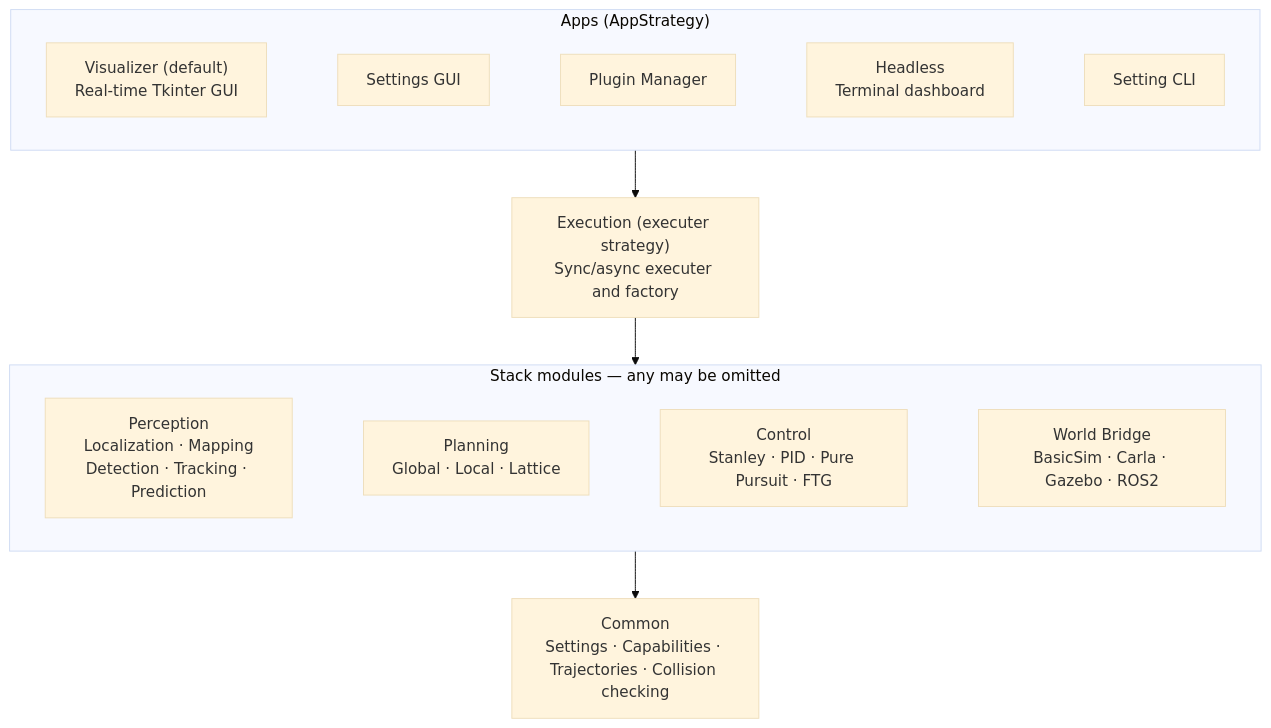
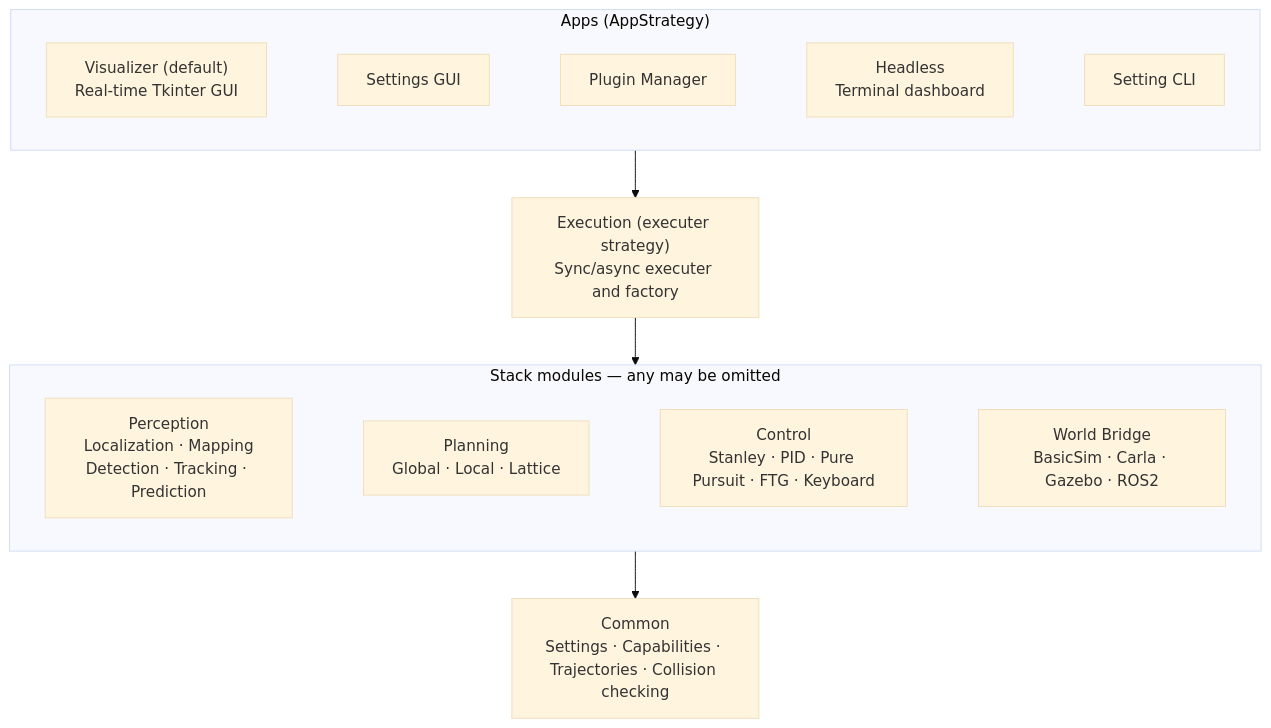
The first of 2 diagrams in docs/architecture.md (AV-Lab/avlite), drawn with Mermaid (base theme) before and after one commit. The commit also changed other lines of this file and 59 other files, not shown here.

````diff
--- a/docs/architecture.md
+++ b/docs/architecture.md
@@ -18,29 +18,29 @@
 ```mermaid
 flowchart TB
     subgraph ENTRY["Apps (AppStrategy)"]
         direction LR
         VIZ["Visualizer (default)\nReal-time Tkinter GUI"]
         SET["Settings GUI"]
         PLG["Plugin Manager"]
         HL["Headless\nTerminal dashboard"]
         SCLI["Setting CLI"]
         VIZ ~~~ SET ~~~ PLG ~~~ HL ~~~ SCLI
     end
 
     EXEC["Execution (executer strategy)\nSync/async executer and factory"]
 
     subgraph COMPONENTS["Stack modules — any may be omitted"]
         direction LR
         PERC["Perception\nLocalization · Mapping\nDetection · Tracking · Prediction"]
         PLAN["Planning\nGlobal · Local · Lattice"]
-        CTRL["Control\nStanley · PID · Pure Pursuit · FTG"]
+        CTRL["Control\nStanley · PID · Pure Pursuit · FTG · Keyboard"]
         WB["World Bridge\nBasicSim · Carla · Gazebo · ROS2"]
         PERC ~~~ PLAN ~~~ CTRL ~~~ WB
     end
 
     COMMON["Common\nSettings · Capabilities · Trajectories · Collision checking"]
 
     ENTRY --> EXEC
     EXEC --> COMPONENTS
     COMPONENTS --> COMMON
 ```
````
